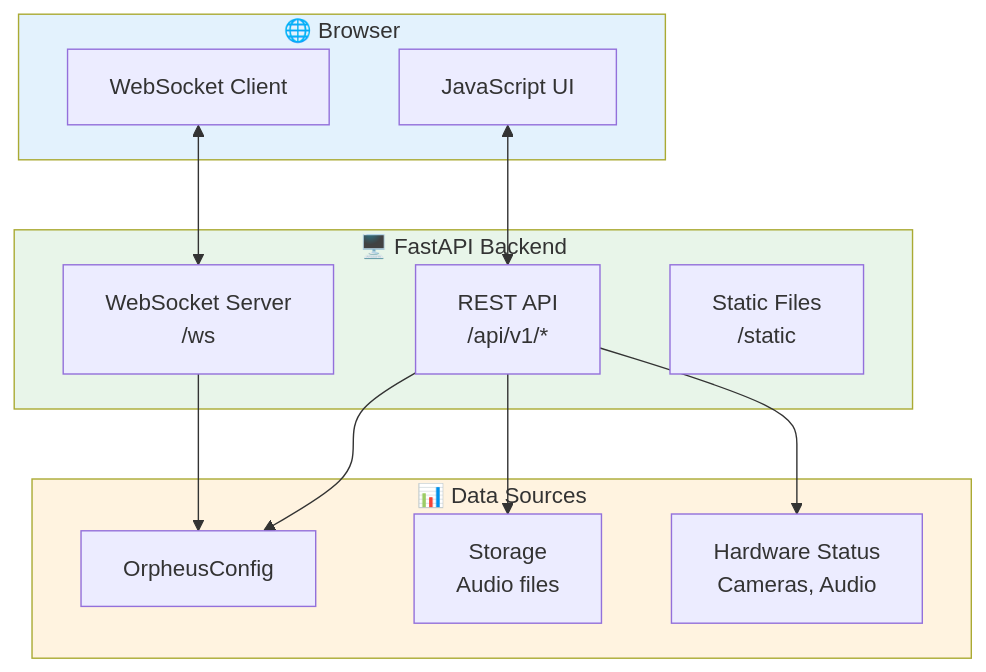
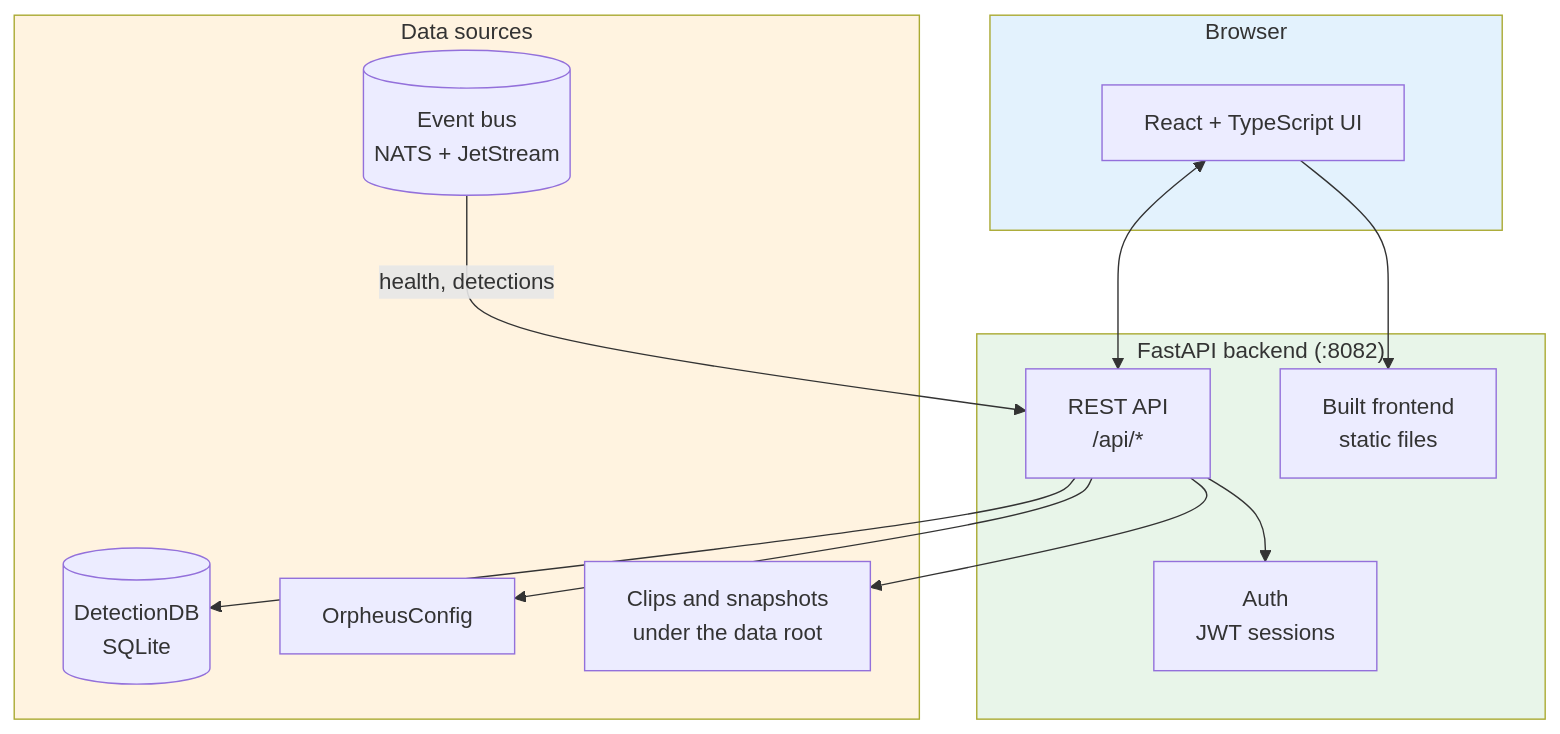
One commit to scottchronicity/orpheus changed the fifth of 10 diagrams in docs/ARCHITECTURE.md. Above: the diagram before and after it, drawn with Mermaid. The commit also changed other lines of this file and 624 other files, not shown here.

First line of the commit message:
Summer update: NATS/JetStream transport and the hardening arc (#121)

````diff
--- a/docs/ARCHITECTURE.md
+++ b/docs/ARCHITECTURE.md
@@ -183,30 +197,31 @@
 ```mermaid
 graph TB
-    subgraph Browser["🌐 Browser"]
-        JS[JavaScript UI]
-        WS[WebSocket Client]
+    subgraph Browser["Browser"]
+        UI[React + TypeScript UI]
     end
 
-    subgraph Backend["🖥️ FastAPI Backend"]
-        API[REST API<br/>/api/v1/*]
-        WSS[WebSocket Server<br/>/ws]
-        STATIC[Static Files<br/>/static]
+    subgraph Backend["FastAPI backend (:8082)"]
+        API[REST API<br/>/api/*]
+        AUTH[Auth<br/>JWT sessions]
+        STATIC[Built frontend<br/>static files]
     end
 
-    subgraph Data["📊 Data Sources"]
+    subgraph Data["Data sources"]
+        DB[(DetectionDB<br/>SQLite)]
         CONF[OrpheusConfig]
-        STORE[Storage<br/>Audio files]
-        HW[Hardware Status<br/>Cameras, Audio]
+        STORE[Clips and snapshots<br/>under the data root]
+        BUS[("Event bus<br/>NATS + JetStream")]
     end
 
-    JS <--> API
-    WS <--> WSS
+    UI <--> API
+    UI --> STATIC
+    API --> AUTH
+    API --> DB
     API --> CONF
     API --> STORE
-    API --> HW
-    WSS --> CONF
+    BUS -->|health, detections| API
 
     style Browser fill:#e3f2fd
     style Backend fill:#e8f5e9
     style Data fill:#fff3e0
 ```
````
